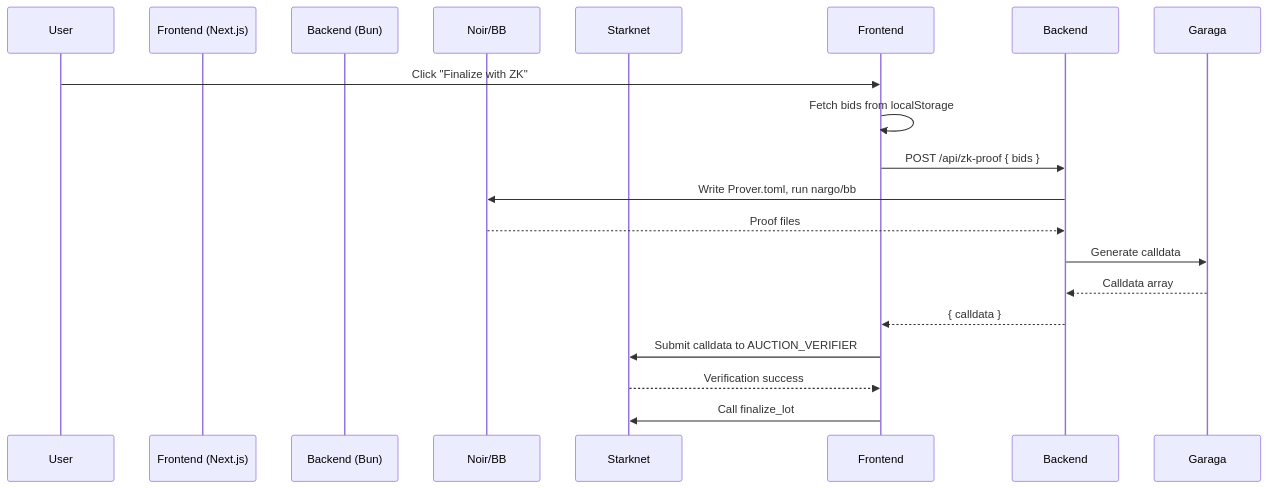
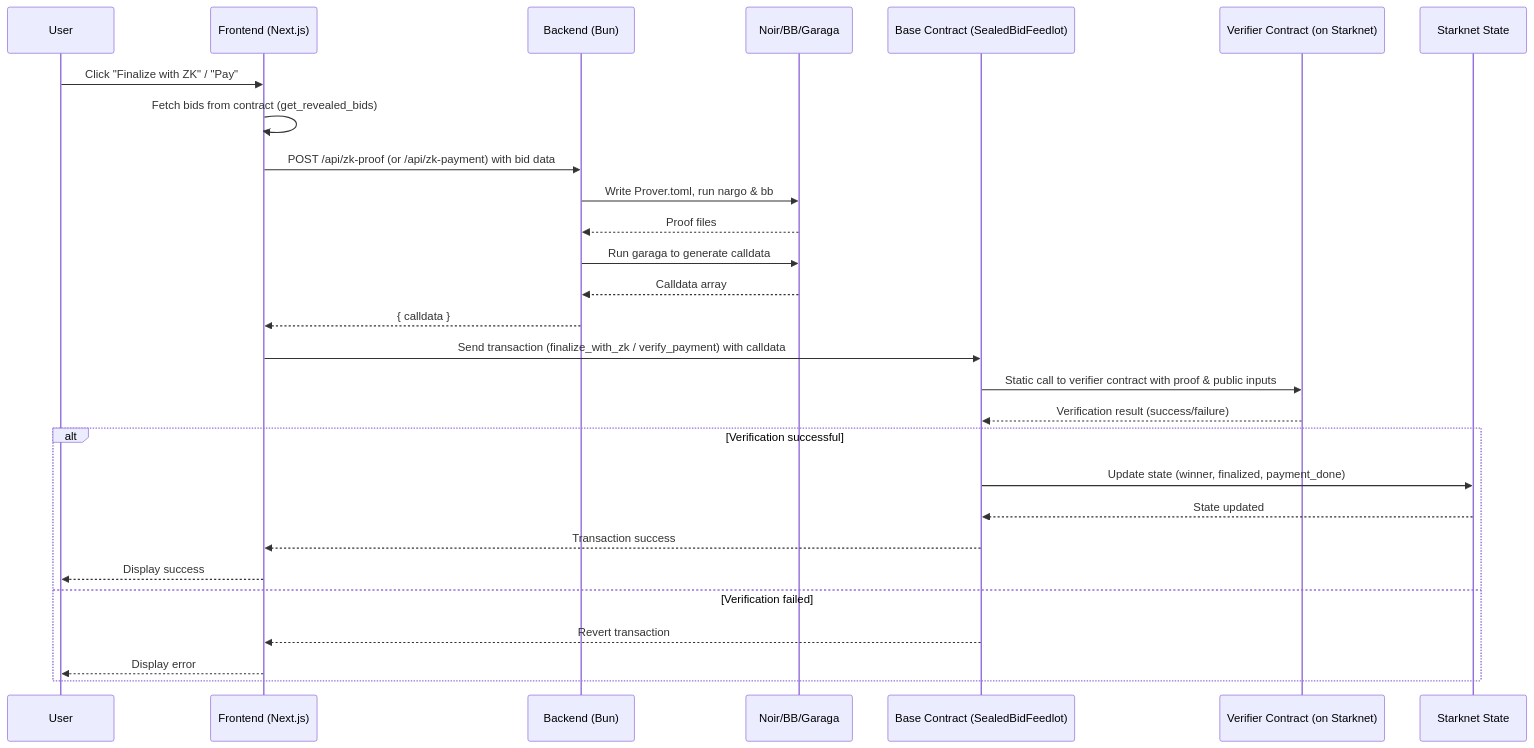
One commit to vices1967-beep/zk-sealed-cattle changed the third of 3 diagrams in README.md. Above: the diagram before and after it, drawn with Mermaid. The commit also changed other lines of this file and 4 other files, not shown here.

First line of the commit message:
docs: update README with circuit diagrams, new deployed contracts, and header image

````diff
--- a/README.md
+++ b/README.md
@@ -317,20 +385,32 @@
 ```mermaid
 sequenceDiagram
     participant User
-    participant Frontend (Next.js)
-    participant Backend (Bun)
-    participant Noir/BB
-    participant Starknet
+    participant Frontend as Frontend (Next.js)
+    participant Backend as Backend (Bun)
+    participant ZK as Noir/BB/Garaga
+    participant BaseContract as Base Contract (SealedBidFeedlot)
+    participant Verifier as Verifier Contract (on Starknet)
+    participant Blockchain as Starknet State
 
-    User->>Frontend: Click "Finalize with ZK"
-    Frontend->>Frontend: Fetch bids from localStorage
-    Frontend->>Backend: POST /api/zk-proof { bids }
-    Backend->>Noir/BB: Write Prover.toml, run nargo/bb
-    Noir/BB-->>Backend: Proof files
-    Backend->>Garaga: Generate calldata
-    Garaga-->>Backend: Calldata array
+    User->>Frontend: Click "Finalize with ZK" / "Pay"
+    Frontend->>Frontend: Fetch bids from contract (get_revealed_bids)
+    Frontend->>Backend: POST /api/zk-proof (or /api/zk-payment) with bid data
+    Backend->>ZK: Write Prover.toml, run nargo & bb
+    ZK-->>Backend: Proof files
+    Backend->>ZK: Run garaga to generate calldata
+    ZK-->>Backend: Calldata array
     Backend-->>Frontend: { calldata }
-    Frontend->>Starknet: Submit calldata to AUCTION_VERIFIER
-    Starknet-->>Frontend: Verification success
-    Frontend->>Starknet: Call finalize_lot
+
+    Frontend->>BaseContract: Send transaction (finalize_with_zk / verify_payment) with calldata
+    BaseContract->>Verifier: Static call to verifier contract with proof & public inputs
+    Verifier-->>BaseContract: Verification result (success/failure)
+    alt Verification successful
+        BaseContract->>Blockchain: Update state (winner, finalized, payment_done)
+        Blockchain-->>BaseContract: State updated
+        BaseContract-->>Frontend: Transaction success
+        Frontend-->>User: Display success
+    else Verification failed
+        BaseContract-->>Frontend: Revert transaction
+        Frontend-->>User: Display error
+    end
 ```
````
